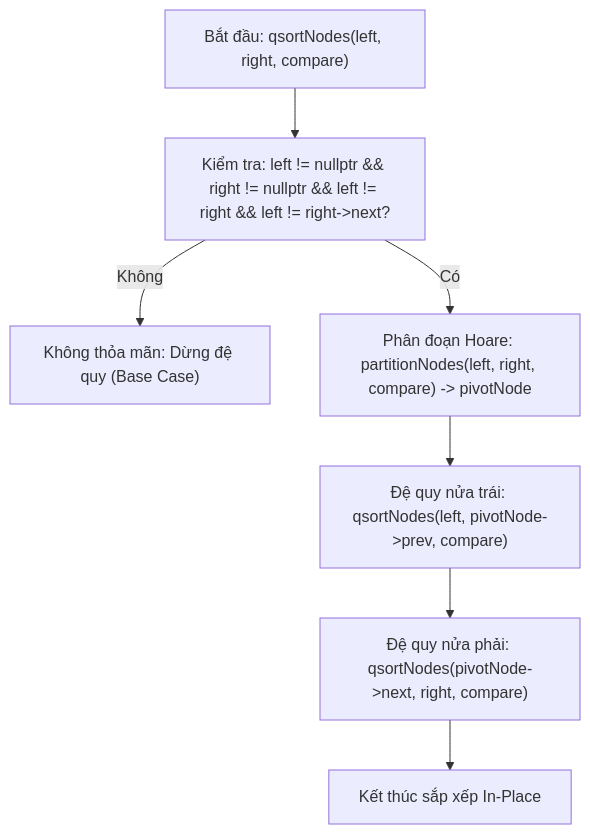
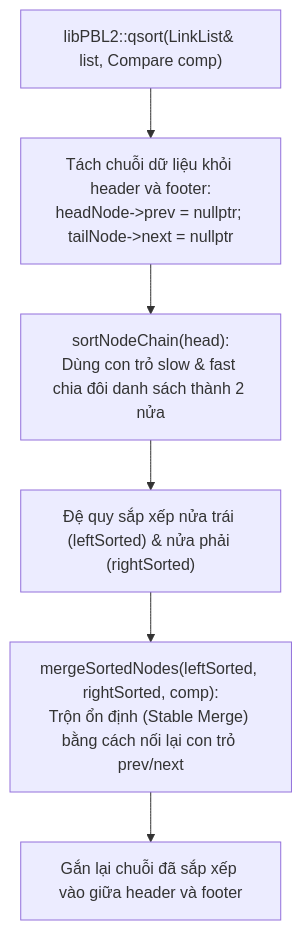
One commit to LeHuuHoang-26/PBL_2 changed the fourth of 8 diagrams in algorithm.md. Above: the diagram before and after it, drawn with Mermaid. The commit also changed other lines of this file and 61 other files, not shown here.

````diff
--- a/algorithm.md
+++ b/algorithm.md
@@ -173,17 +501,11 @@
 ```mermaid
 flowchart TD
-    Start["Bắt đầu: qsortNodes(left, right, compare)"]
-    Check["Kiểm tra: left != nullptr && right != nullptr && left != right && left != right->next?"]
-    BaseCase["Không thỏa mãn: Dừng đệ quy (Base Case)"]
-    Partition["Phân đoạn Hoare: partitionNodes(left, right, compare) -> pivotNode"]
-    RecurseLeft["Đệ quy nửa trái: qsortNodes(left, pivotNode->prev, compare)"]
-    RecurseRight["Đệ quy nửa phải: qsortNodes(pivotNode->next, right, compare)"]
-    Done["Kết thúc sắp xếp In-Place"]
+    Start["libPBL2::qsort(LinkList<T>& list, Compare comp)"]
+    Detach["Tách chuỗi dữ liệu khỏi header và footer:<br/>headNode->prev = nullptr; tailNode->next = nullptr"]
+    Split["sortNodeChain(head):<br/>Dùng con trỏ slow & fast chia đôi danh sách thành 2 nửa"]
+    Recurse["Đệ quy sắp xếp nửa trái (leftSorted) & nửa phải (rightSorted)"]
+    Merge["mergeSortedNodes(leftSorted, rightSorted, comp):<br/>Trộn ổn định (Stable Merge) bằng cách nối lại con trỏ prev/next"]
+    Reattach["Gắn lại chuỗi đã sắp xếp vào giữa header và footer"]
 
-    Start --> Check
-    Check -- Không --> BaseCase
-    Check -- Có --> Partition
-    Partition --> RecurseLeft
-    RecurseLeft --> RecurseRight
-    RecurseRight --> Done
+    Start --> Detach --> Split --> Recurse --> Merge --> Reattach
 ```
````
